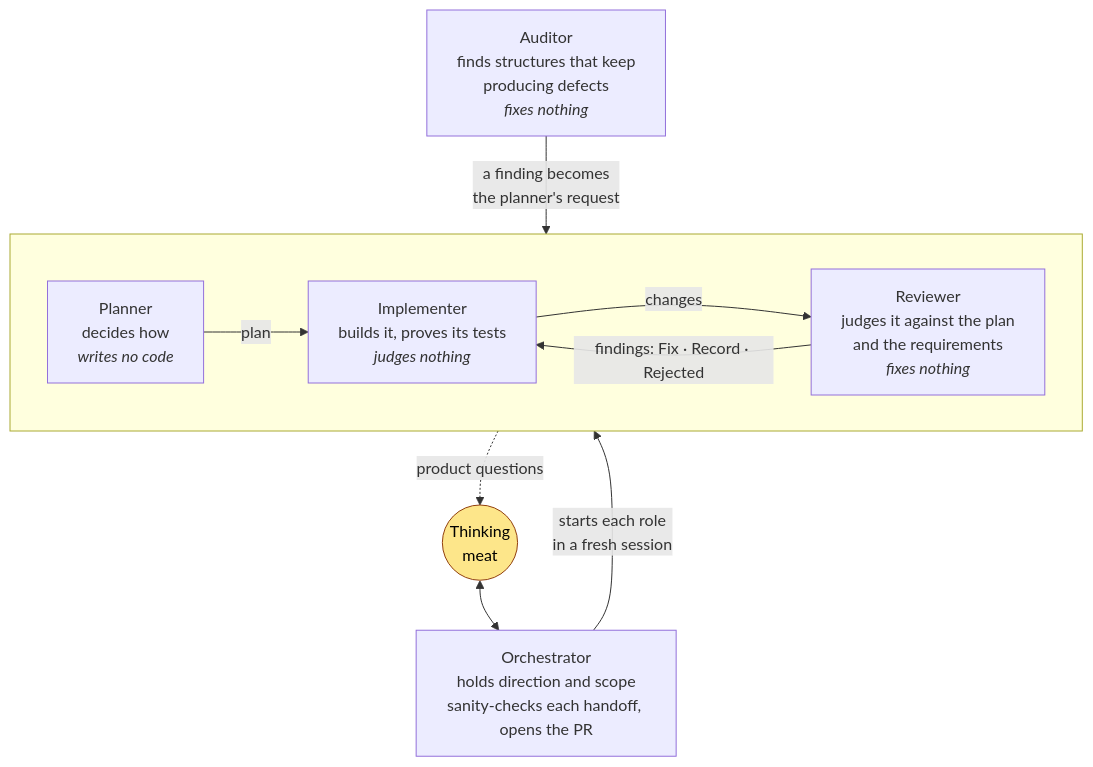
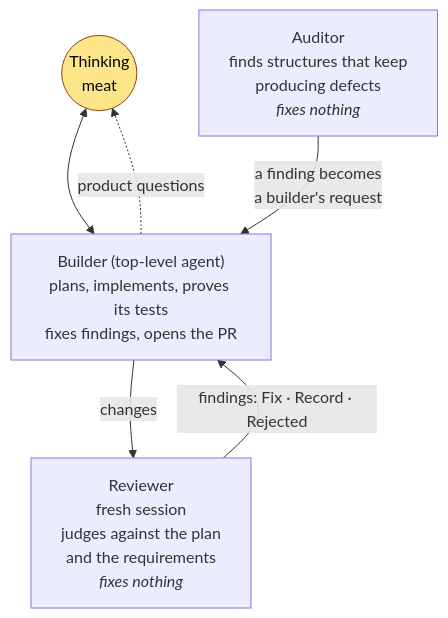
The second of 5 diagrams in .claude/skills/README.md (kkestell/ox), drawn with Mermaid before and after one commit. The commit also changed other lines of this file and 6 other files, not shown here.

First line of the commit message:
Plan and implement in the top-level session, and review only what needs it (#120)

````diff
--- a/.claude/skills/README.md
+++ b/.claude/skills/README.md
@@ -43,22 +43,13 @@
 ```mermaid
 flowchart TB
-    You(("Thinking<br/>meat")) <--> Orch["Orchestrator<br/>holds direction and scope<br/>sanity-checks each handoff, opens the PR"]
+    You(("Thinking<br/>meat")) <--> Build["Builder (top-level agent)<br/>plans, implements, proves its tests<br/>fixes findings, opens the PR"]
 
-    subgraph roles [" "]
-        direction LR
-        Plan["Planner<br/>decides how<br/><i>writes no code</i>"]
-        Work["Implementer<br/>builds it, proves its tests<br/><i>judges nothing</i>"]
-        Review["Reviewer<br/>judges it against the plan<br/>and the requirements<br/><i>fixes nothing</i>"]
-        Plan -- plan --> Work
-        Work -- changes --> Review
-        Review -- "findings: Fix · Record · Rejected" --> Work
-    end
+    Build -- "changes" --> Review["Reviewer<br/>fresh session<br/>judges against the plan<br/>and the requirements<br/><i>fixes nothing</i>"]
+    Review -- "findings: Fix · Record · Rejected" --> Build
+    Build -. product questions .-> You
 
-    Orch -- "starts each role<br/>in a fresh session" --> roles
-    Plan -. product questions .-> You
-
-    Audit["Auditor<br/>finds structures that keep<br/>producing defects<br/><i>fixes nothing</i>"] -- "a finding becomes<br/>the planner's request" --> Plan
+    Audit["Auditor<br/>finds structures that keep<br/>producing defects<br/><i>fixes nothing</i>"] -- "a finding becomes<br/>a builder's request" --> Build
 
     classDef you fill:#fde68a,stroke:#92400e,color:#000
     class You you
 ```
````
